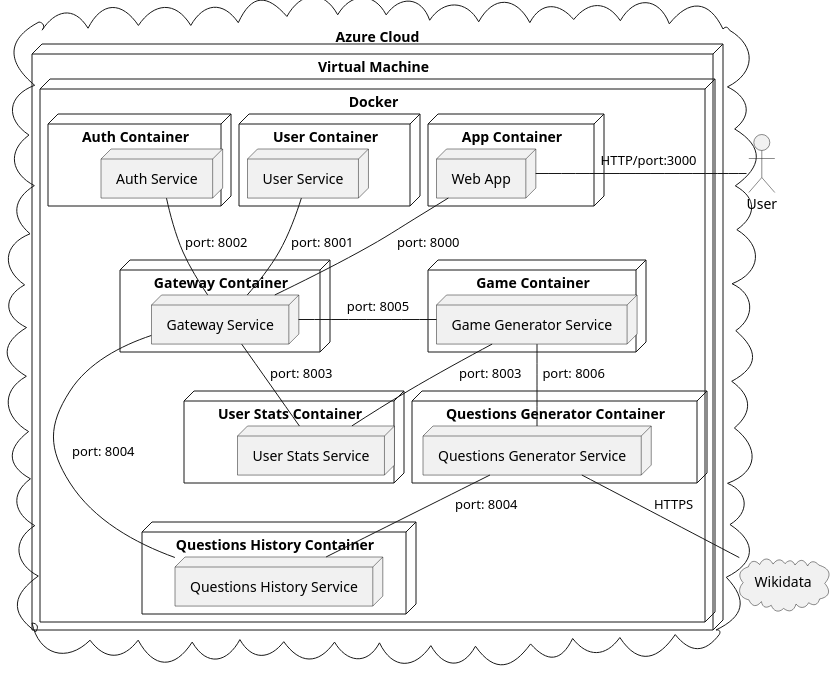
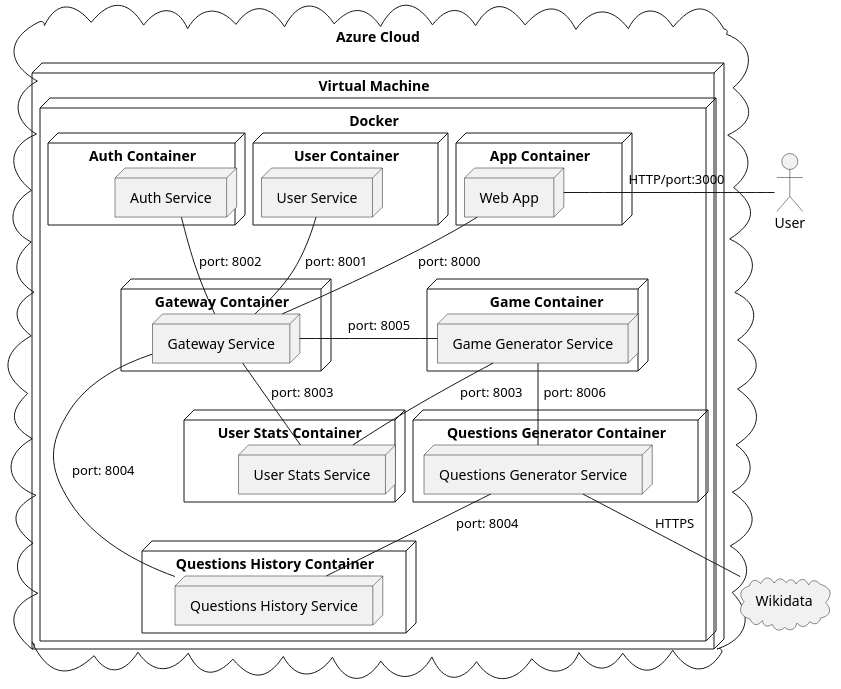
One commit to Arquisoft/wiq_es6c changed the diagram in docs/src/07_deployment_view.adoc. Above: the diagram before and after it, drawn with PlantUML.

Commit message:
Added whitespaces to improve the formatting of the diagram

```diff
--- a/docs/src/07_deployment_view.adoc
+++ b/docs/src/07_deployment_view.adoc
@@ -58,55 +58,55 @@
 [plantuml,"Deployment View",png]
 ----
 !pragma layout smetana
 
-cloud "Azure Cloud" {
+cloud "Azure Cloud\n" {
     node "Virtual Machine" {
         node "Docker" {
             node "App Container"{
                 node "Web App"
             }
             node "Gateway Container"{
                 node "Gateway Service"
             }
-            node "User Container"{
+            node "  User Container  "{
                 node "User Service"
             }
-            node "Auth Container"{
+            node "  Auth Container  "{
                 node "Auth Service"
             }
-            node "Game Container"{
+            node "\tGame Container\t"{
                 node "Game Generator Service"
             }
             node "Questions History Container"{
                 node "Questions History Service"
             }
-            node "User Stats Container"{
+            node "User Stats Container\t"{
                 node "User Stats Service"
             }
             node "Questions Generator Container"{
                 node "Questions Generator Service"
             }
         }
     }
 }
 
 cloud "Wikidata"
 actor "User"
 
 
 "User" -left- "Web App" : "\t\tHTTP/port:3000\t\t"
 
 "Web App" -- "Gateway Service" : "port: 8000"
 
 "Gateway Service" -- "Questions History Service" : "port: 8004             "
 "Gateway Service" -- "User Stats Service" : "port: 8003"
 "Gateway Service" -up- "Auth Service" : "port: 8002         "
 "Gateway Service" -up- "User Service" : "port: 8001"
 "Gateway Service" -right- "Game Generator Service"  : "           port: 8005     "
 
 "Game Generator Service" -- "User Stats Service" : "port: 8003"
 "Game Generator Service" -- "Questions Generator Service" : " port: 8006"
 
 "Questions Generator Service" -- "Questions History Service" : "port: 8004"
 "Questions Generator Service" -- "Wikidata" : "HTTPS"
 ----
```
